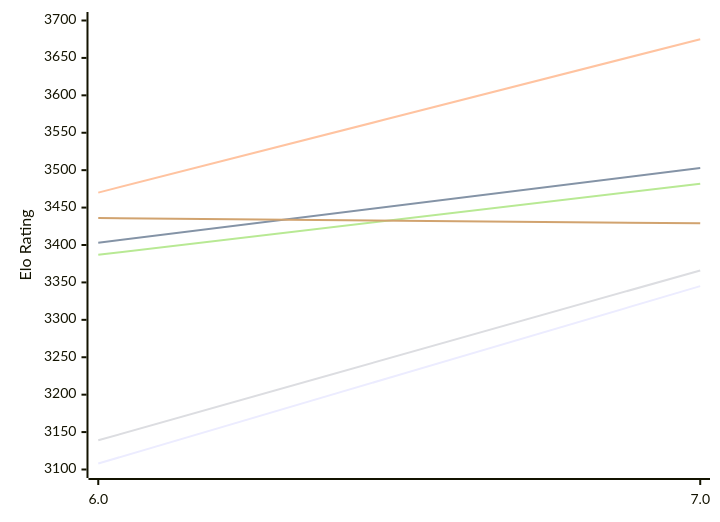
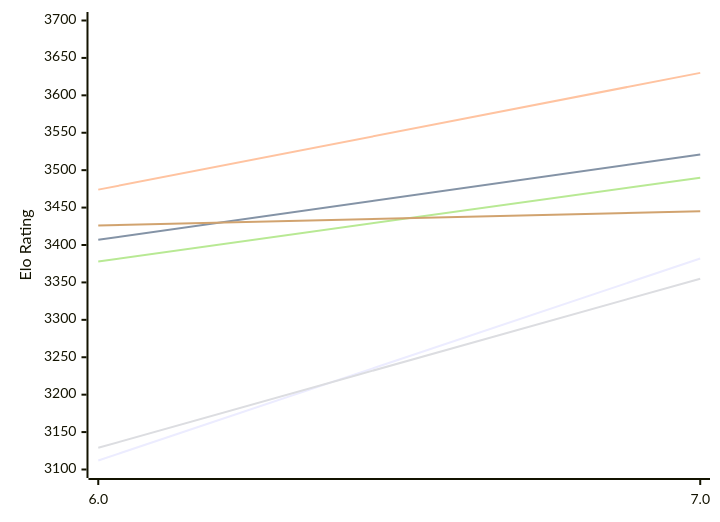
One commit to computer-chess-index/cci changed the first of 2 diagrams in engines/Devre.md. Above: the diagram before and after it, drawn with Mermaid. The commit also changed other lines of this file, not shown here.

Commit message:
Update CCI Ratings (ELO VLTC) - 2026-11-15

````diff
--- a/engines/Devre.md
+++ b/engines/Devre.md
@@ -50,12 +50,12 @@
 ```mermaid
 %%{init: {"theme":"base","themeVariables":{"seriesColors:['#a3a3a3','#222221','#faa371']}}}%%
 xychart-beta
   x-axis ["6.0", "7.0"]
   y-axis "Elo Rating" 3100 --> 3700
-  line "E1: STC (8.0+0.08s)" [3108, 3345]
-  line "E1: LTC (60.0+0.60s)" [3403, 3503]
-  line "E1: VLTC (2m24s+1.12s)" [3470, 3675]
-  line "P1: STC (8.0+0.08s)" [3139, 3366]
-  line "P1: LTC (60.0+0.60s)" [3387, 3482]
-  line "P1: VLTC (2m24s+1.12s)" [3436, 3429]
+  line "E1: STC (8.0+0.08s)" [3112, 3382]
+  line "E1: LTC (60.0+0.60s)" [3407, 3521]
+  line "E1: VLTC (2m24s+1.12s)" [3474, 3630]
+  line "P1: STC (8.0+0.08s)" [3129, 3355]
+  line "P1: LTC (60.0+0.60s)" [3378, 3490]
+  line "P1: VLTC (2m24s+1.12s)" [3426, 3445]
 ```
````
